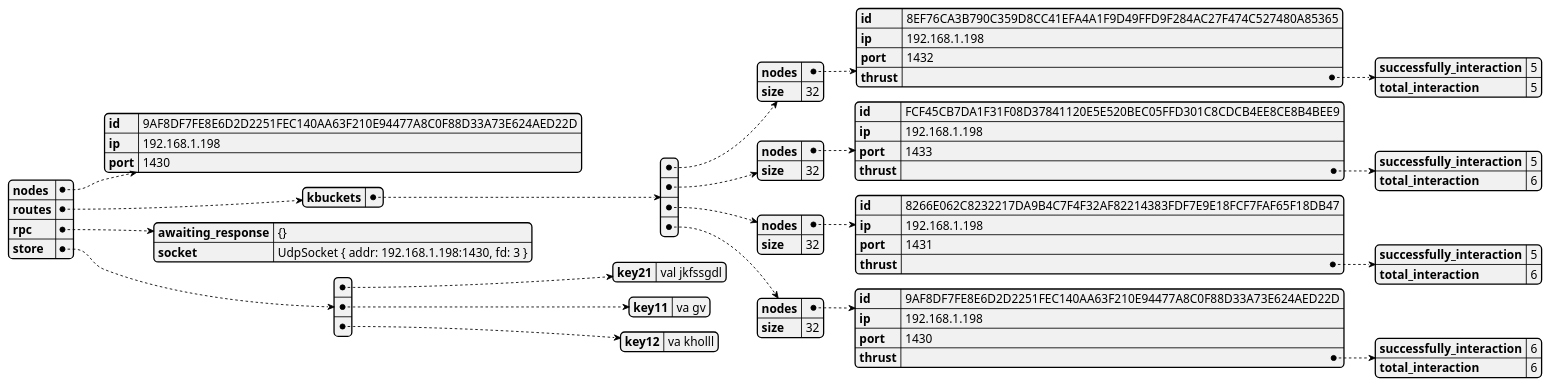
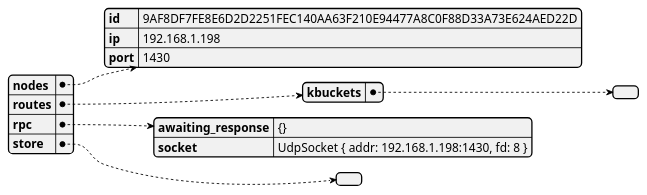
The diagram in src/distributed_legder/state_dumps/test-contact-1.json.plantuml (GoliathHagar/distributed_legder_kademlia), drawn with PlantUML before and after one commit. The commit also changed 8 other files, not shown here.

```diff
--- a/src/distributed_legder/state_dumps/test-contact-1.json.plantuml
+++ b/src/distributed_legder/state_dumps/test-contact-1.json.plantuml
@@ -1,3 +1,3 @@
 @startjson
-{"nodes":{"id":"9AF8DF7FE8E6D2D2251FEC140AA63F210E94477A8C0F88D33A73E624AED22D","ip":"192.168.1.198","port":1430},"routes":{"kbuckets":[{"nodes":{"id":"8EF76CA3B790C359D8CC41EFA4A1F9D49FFD9F284AC27F474C527480A85365","ip":"192.168.1.198","port":1432,"thrust":{"successfully_interaction":5,"total_interaction":5}},"size":32},{"nodes":{"id":"FCF45CB7DA1F31F08D37841120E5E520BEC05FFD301C8CDCB4EE8CE8B4BEE9","ip":"192.168.1.198","port":1433,"thrust":{"successfully_interaction":5,"total_interaction":6}},"size":32},{"nodes":{"id":"8266E062C8232217DA9B4C7F4F32AF82214383FDF7E9E18FCF7FAF65F18DB47","ip":"192.168.1.198","port":1431,"thrust":{"successfully_interaction":5,"total_interaction":6}},"size":32},{"nodes":{"id":"9AF8DF7FE8E6D2D2251FEC140AA63F210E94477A8C0F88D33A73E624AED22D","ip":"192.168.1.198","port":1430,"thrust":{"successfully_interaction":6,"total_interaction":6}},"size":32}]},"rpc":{"awaiting_response":"{}","socket":"UdpSocket { addr: 192.168.1.198:1430, fd: 3 }"},"store":[{"key21":"val jkfssgdl"},{"key11":"va gv"},{"key12":"va kholll"}]}
+{"nodes":{"id":"9AF8DF7FE8E6D2D2251FEC140AA63F210E94477A8C0F88D33A73E624AED22D","ip":"192.168.1.198","port":1430},"routes":{"kbuckets":[]},"rpc":{"awaiting_response":"{}","socket":"UdpSocket { addr: 192.168.1.198:1430, fd: 8 }"},"store":[]}
 @endjson
```
